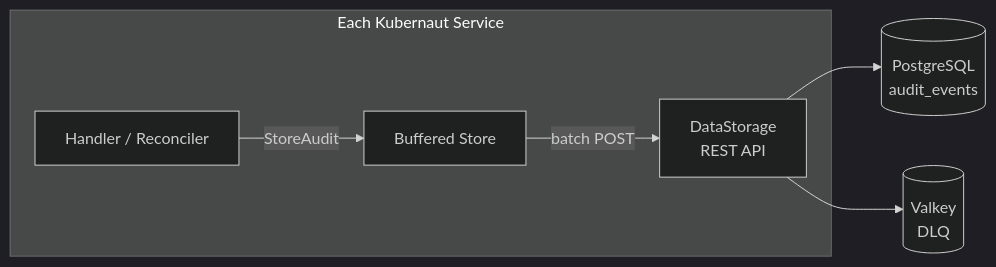
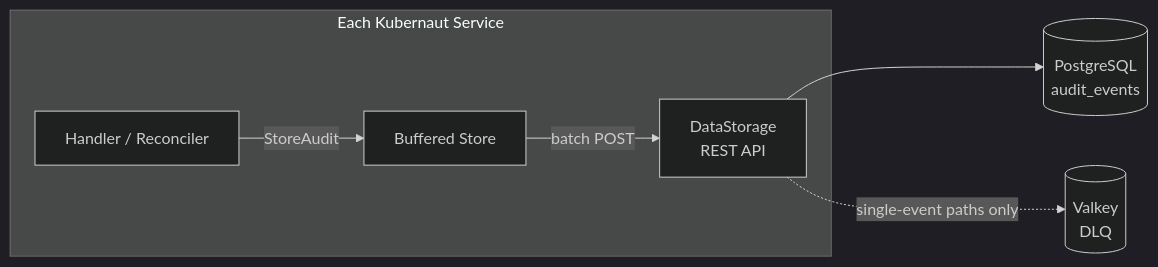
The diagram in docs/architecture/audit-pipeline.md (jordigilh/kubernaut-docs), drawn with Mermaid (dark theme) before and after one commit. The commit also changed other lines of this file and 4 other files, not shown here.

First line of the commit message:
fix(architecture): post-review fixups — auth diagram, DLQ consistency, SP table, outcome diagram

````diff
--- a/docs/architecture/audit-pipeline.md
+++ b/docs/architecture/audit-pipeline.md
@@ -10,10 +10,10 @@
 ```mermaid
 graph LR
     subgraph Service["Each Kubernaut Service"]
         H[Handler / Reconciler] -->|StoreAudit| B[Buffered Store]
         B -->|batch POST| DS
     end
 
     DS[DataStorage<br/>REST API] --> PG[(PostgreSQL<br/>audit_events)]
-    DS --> RD[(Valkey<br/>DLQ)]
+    DS -.->|"single-event paths only"| RD[(Valkey<br/>DLQ)]
 ```
````
